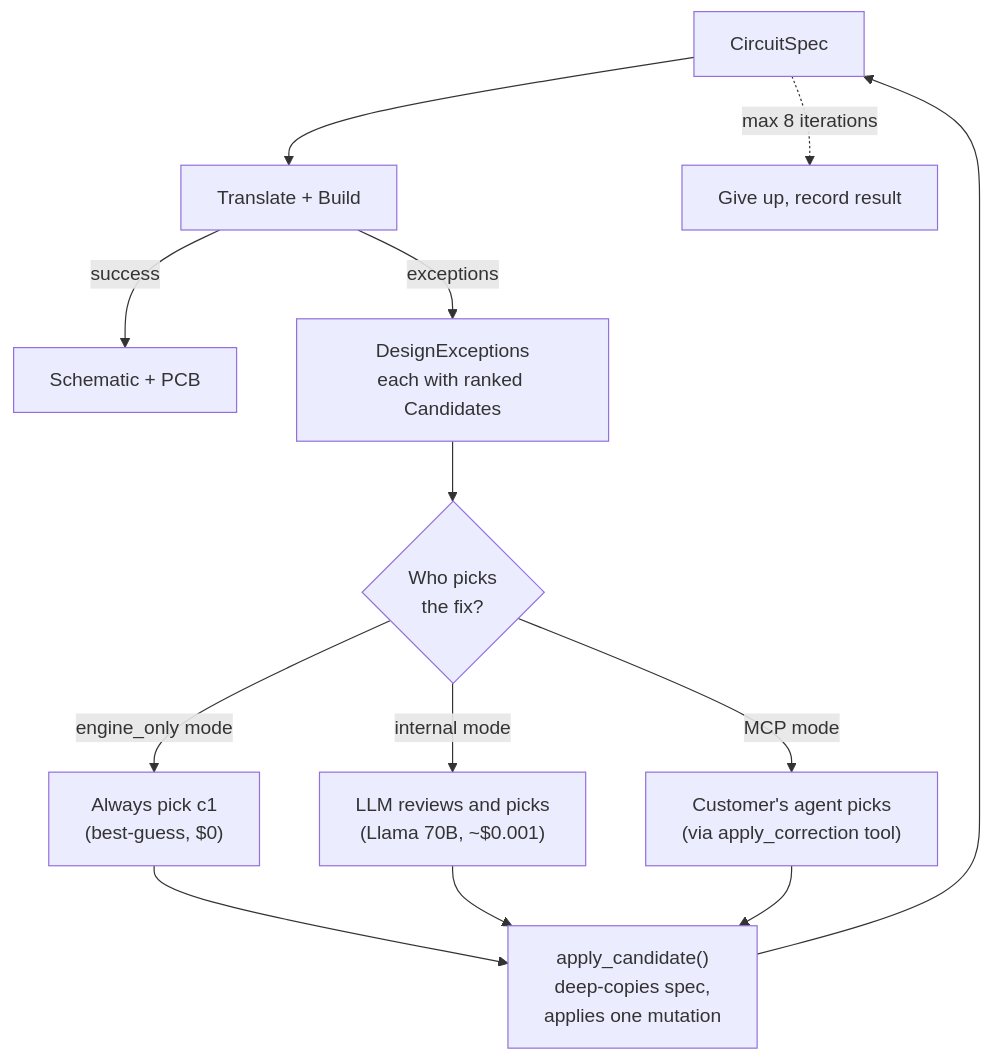
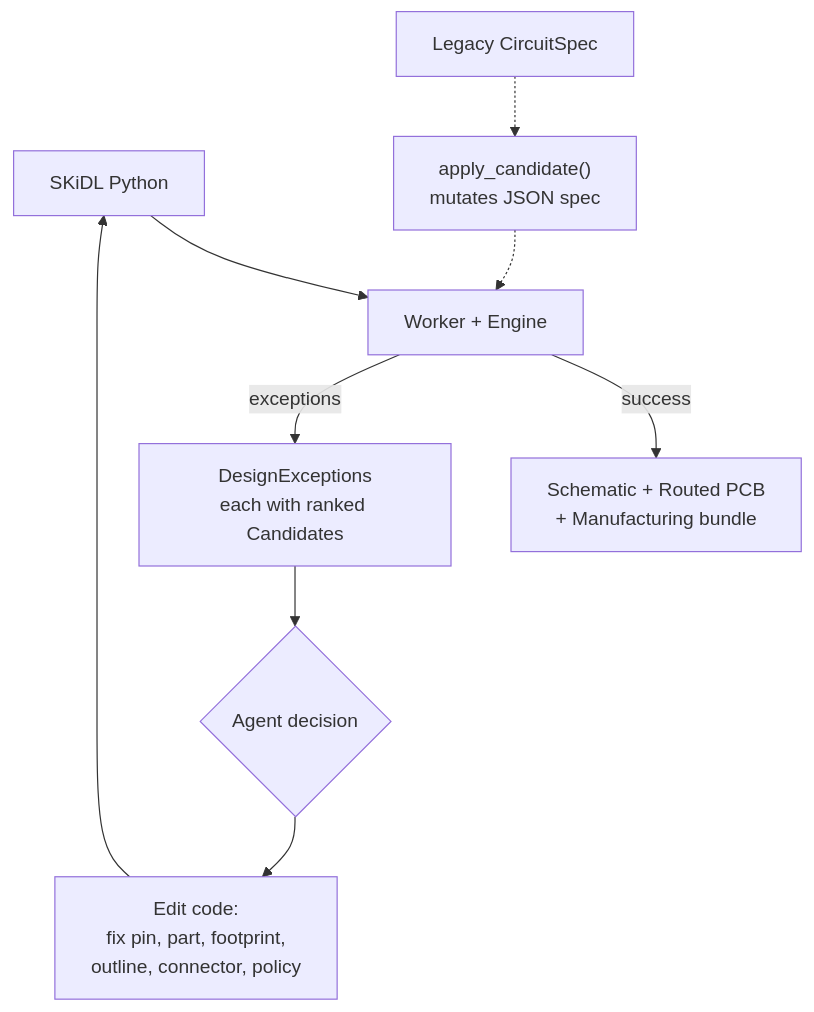
The sixth of 8 diagrams in docs/ARCHITECTURE.md (lachlanfysh/skidl), drawn with Mermaid before and after one commit. The commit also changed other lines of this file and 7 other files, not shown here.

Commit message:
fix: align MCP surface with SKiDL workflow

````diff
--- a/docs/ARCHITECTURE.md
+++ b/docs/ARCHITECTURE.md
@@ -107,13 +108,11 @@
 ```mermaid
 flowchart TD
-    A["CircuitSpec"] --> B["Translate + Build"]
-    B -->|success| C["Schematic + PCB"]
+    A["SKiDL Python"] --> B["Worker + Engine"]
+    B -->|success| C["Schematic + Routed PCB\n+ Manufacturing bundle"]
     B -->|exceptions| D["DesignExceptions\neach with ranked Candidates"]
-    D --> E{"Who picks\nthe fix?"}
-    E -->|engine_only mode| F["Always pick c1\n(best-guess, $0)"]
-    E -->|internal mode| G["LLM reviews and picks\n(Llama 70B, ~$0.001)"]
-    E -->|MCP mode| H["Customer's agent picks\n(via apply_correction tool)"]
-    F & G & H --> I["apply_candidate()\ndeep-copies spec,\napplies one mutation"]
-    I --> A
-    A -.->|max 8 iterations| J["Give up, record result"]
+    D --> E{"Agent decision"}
+    E --> F["Edit code:\nfix pin, part, footprint,\noutline, connector, policy"]
+    F --> A
+    G["Legacy CircuitSpec"] -.-> H["apply_candidate()\nmutates JSON spec"]
+    H -.-> B
 ```
````
